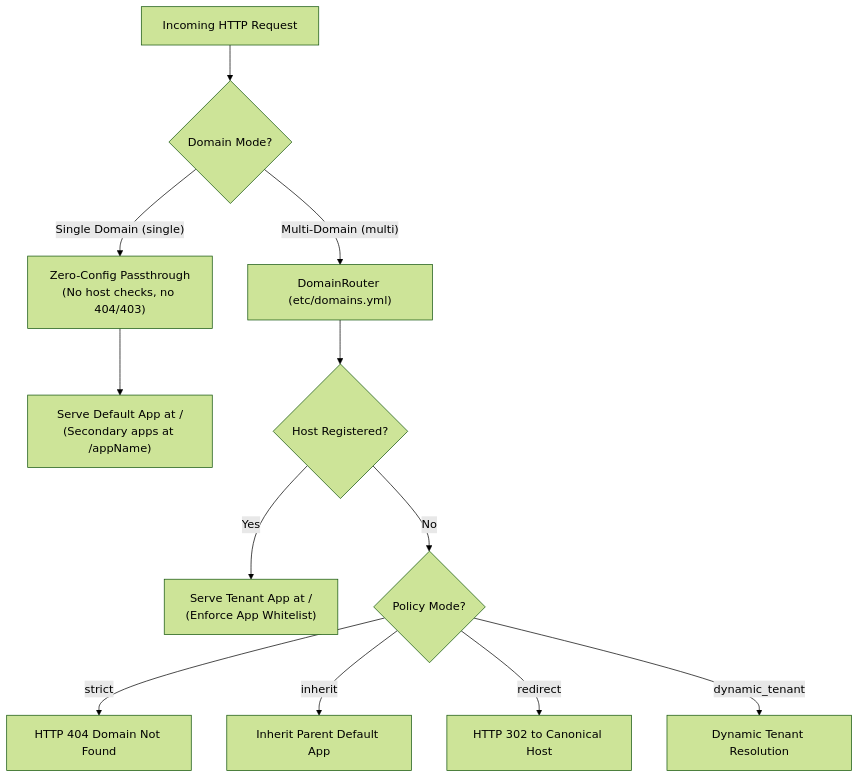
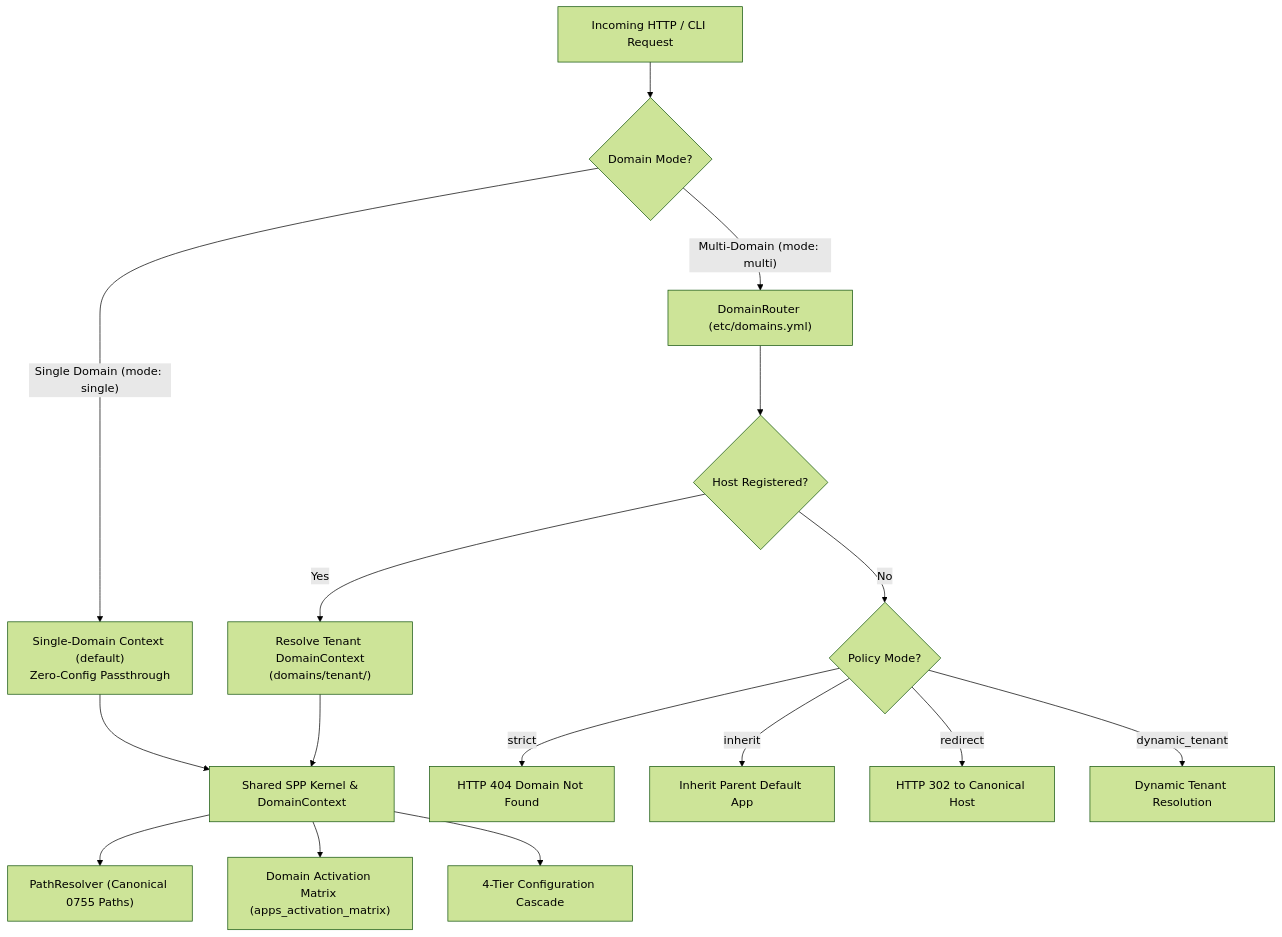
Before and after one commit to shuklasp/spp: the eighth of 10 diagrams in docs/handbook/15-routing-and-request-dispatch.md, drawn with Mermaid (forest theme). The commit also changed other lines of this file and 63 other files, not shown here.

````diff
--- a/docs/handbook/15-routing-and-request-dispatch.md
+++ b/docs/handbook/15-routing-and-request-dispatch.md
@@ -476,15 +478,20 @@
 ```mermaid
 flowchart TD
-    Req["Incoming HTTP Request"] --> ModeCheck{"Domain Mode?"}
-    ModeCheck -- "Single Domain (single)" --> ZeroConfig["Zero-Config Passthrough<br/>(No host checks, no 404/403)"]
-    ZeroConfig --> RootApp["Serve Default App at /<br/>(Secondary apps at /appName)"]
-
-    ModeCheck -- "Multi-Domain (multi)" --> VHost["DomainRouter (etc/domains.yml)"]
+    Req["Incoming HTTP / CLI Request"] --> ModeCheck{"Domain Mode?"}
+    ModeCheck -- "Single Domain (mode: single)" --> SingleExec["Single-Domain Context (default)<br/>Zero-Config Passthrough"]
+    SingleExec --> SharedKernel["Shared SPP Kernel & DomainContext"]
+    
+    ModeCheck -- "Multi-Domain (mode: multi)" --> VHost["DomainRouter (etc/domains.yml)"]
     VHost --> Match{"Host Registered?"}
-    Match -- Yes --> TenantApp["Serve Tenant App at /<br/>(Enforce App Whitelist)"]
+    Match -- Yes --> TenantCtx["Resolve Tenant DomainContext<br/>(domains/tenant/)"]
     Match -- No --> VHostPolicy{"Policy Mode?"}
     VHostPolicy -- strict --> Err404["HTTP 404 Domain Not Found"]
     VHostPolicy -- inherit --> Parent["Inherit Parent Default App"]
     VHostPolicy -- redirect --> Redir302["HTTP 302 to Canonical Host"]
     VHostPolicy -- dynamic_tenant --> TenantHook["Dynamic Tenant Resolution"]
+    
+    TenantCtx --> SharedKernel
+    SharedKernel --> PathRes["PathResolver (Canonical 0755 Paths)"]
+    SharedKernel --> ActMat["Domain Activation Matrix (apps_activation_matrix)"]
+    SharedKernel --> CfgCas["4-Tier Configuration Cascade"]
 ```
````
